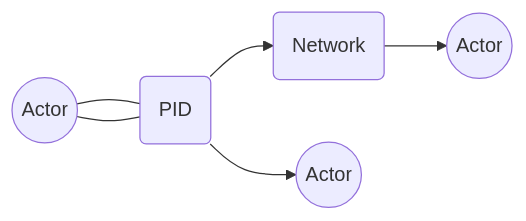
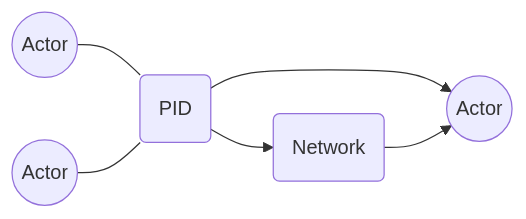
Before and after one commit to asynkron/protoactor-website: the diagram in hugo/content/docs/location-transparency.md, drawn with Mermaid. The commit also changed other lines of this file, not shown here.

Commit message:
Fix PID location transparency diagram

````diff
--- a/hugo/content/docs/location-transparency.md
+++ b/hugo/content/docs/location-transparency.md
@@ -28,14 +28,14 @@
 ```mermaid
 graph LR
     pid(PID)
     class pid light-blue
     network(Network)
     class network message
 
-    sender((Actor))
-    local((Actor))
-    remote((Actor))
+    localSender((Actor))
+    remoteSender((Actor))
+    target((Actor))
 
-    sender --- pid --> local
-    sender --- pid --> network --> remote
+    localSender --- pid --> target
+    remoteSender --- pid --> network --> target
 ```
````
